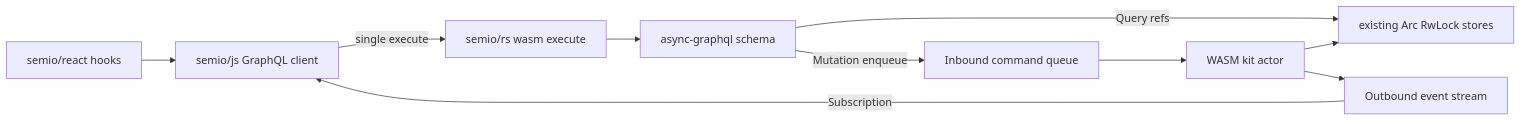
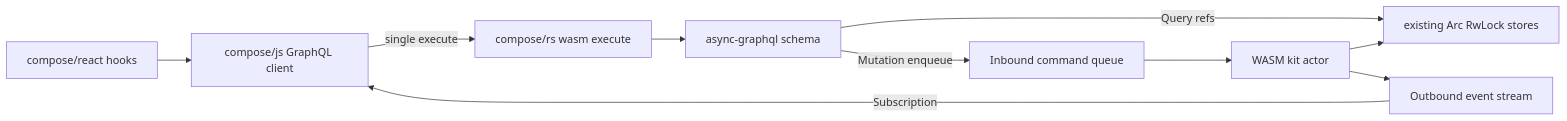
One commit to usalu/semio changed the diagram in .repo/🎫/26/04/25/GRAPHQL-COMMAND-COLLAPSE/graphql_kit_control_plane_afc09280.plan.md. Above: the diagram before and after it, drawn with Mermaid. The commit also changed other lines of this file and 7735 other files, not shown here.

````diff
--- a/.repo/🎫/26/04/25/GRAPHQL-COMMAND-COLLAPSE/graphql_kit_control_plane_afc09280.plan.md
+++ b/.repo/🎫/26/04/25/GRAPHQL-COMMAND-COLLAPSE/graphql_kit_control_plane_afc09280.plan.md
@@ -45,12 +45,12 @@
 ```mermaid
 graph LR
-  ReactHooks[semio/react hooks] --> JsClient[semio/js GraphQL client]
-  JsClient -->|single execute| WasmExecute[semio/rs wasm execute]
+  ReactHooks[compose/react hooks] --> JsClient[compose/js GraphQL client]
+  JsClient -->|single execute| WasmExecute[compose/rs wasm execute]
   WasmExecute --> Schema[async-graphql schema]
   Schema -->|Query refs| ExistingStores[existing Arc RwLock stores]
   Schema -->|Mutation enqueue| Inbound[Inbound command queue]
   Inbound --> Actor[WASM kit actor]
   Actor --> ExistingStores
   Actor --> Outbound[Outbound event stream]
   Outbound -->|Subscription| JsClient
 ```
````
